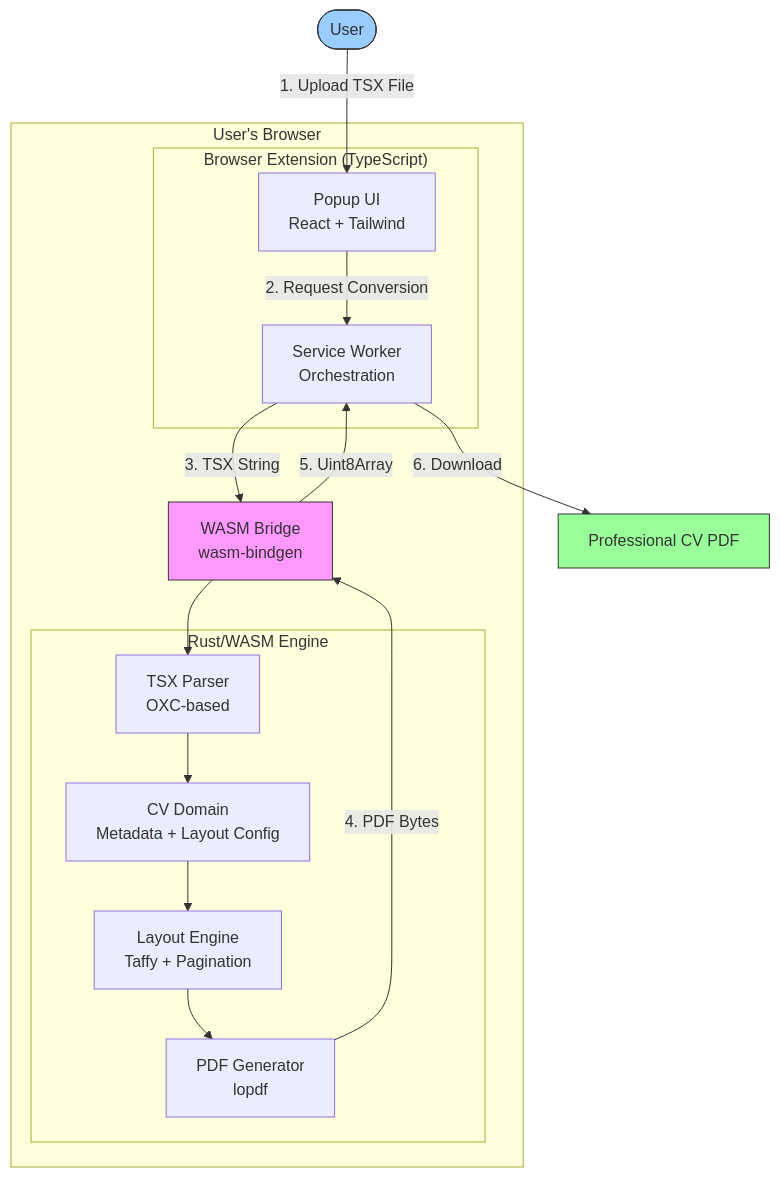
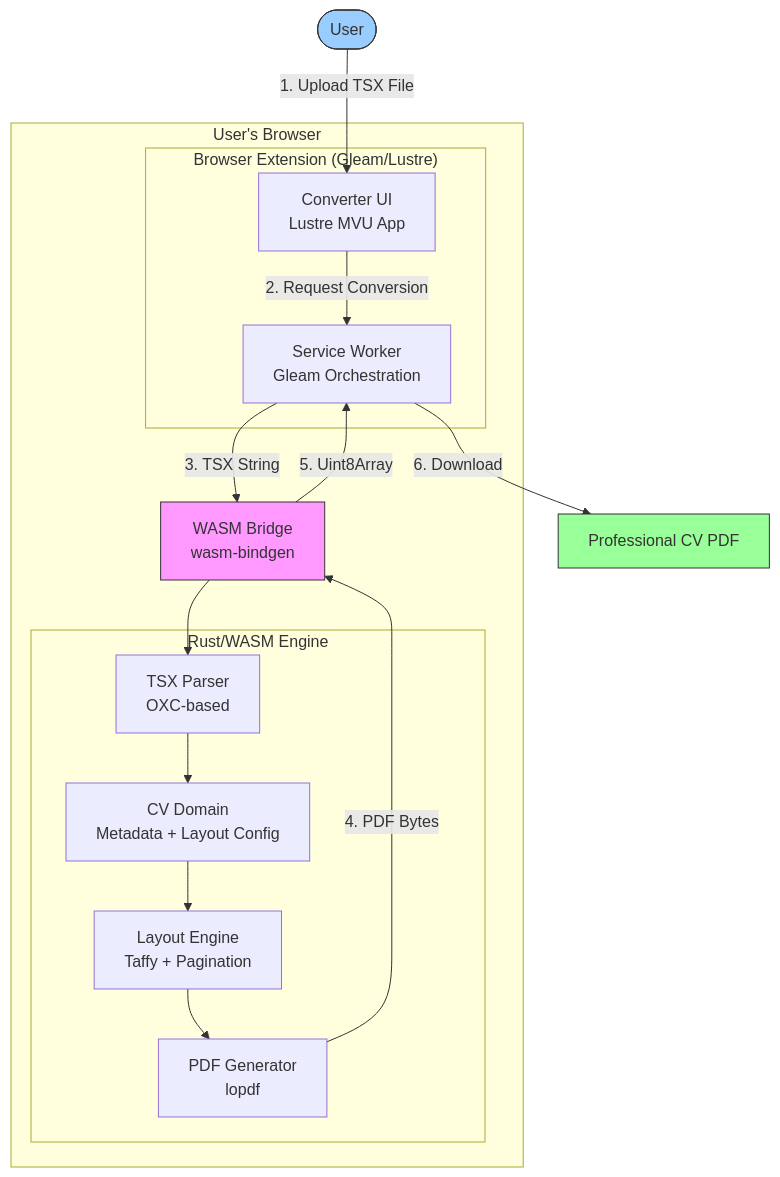
Before and after one commit to vitalratel/resumewright: the diagram in docs-public/ARCHITECTURE.md, drawn with Mermaid. The commit also changed other lines of this file and 10 other files, not shown here.

````diff
--- a/docs-public/ARCHITECTURE.md
+++ b/docs-public/ARCHITECTURE.md
@@ -25,36 +25,36 @@
 ```mermaid
 graph TB
     subgraph "User's Browser"
-        subgraph "Browser Extension (TypeScript)"
-            Popup[Popup UI<br/>React + Tailwind]
-            Background[Service Worker<br/>Orchestration]
+        subgraph "Browser Extension (Gleam/Lustre)"
+            UI[Converter UI<br/>Lustre MVU App]
+            Background[Service Worker<br/>Gleam Orchestration]
         end
 
         subgraph "Rust/WASM Engine"
             Parser[TSX Parser<br/>OXC-based]
             CVDomain[CV Domain<br/>Metadata + Layout Config]
             Layout[Layout Engine<br/>Taffy + Pagination]
             PDFGen[PDF Generator<br/>lopdf]
         end
 
         WASM[WASM Bridge<br/>wasm-bindgen]
     end
 
     User([User])
     PDF[Professional CV PDF]
 
-    User -->|1. Upload TSX File| Popup
-    Popup -->|2. Request Conversion| Background
+    User -->|1. Upload TSX File| UI
+    UI -->|2. Request Conversion| Background
     Background -->|3. TSX String| WASM
     WASM --> Parser
     Parser --> CVDomain
     CVDomain --> Layout
     Layout --> PDFGen
     PDFGen -->|4. PDF Bytes| WASM
     WASM -->|5. Uint8Array| Background
     Background -->|6. Download| PDF
 
     style WASM fill:#f9f,stroke:#333
     style User fill:#9cf,stroke:#333
     style PDF fill:#9f9,stroke:#333
 ```
````
